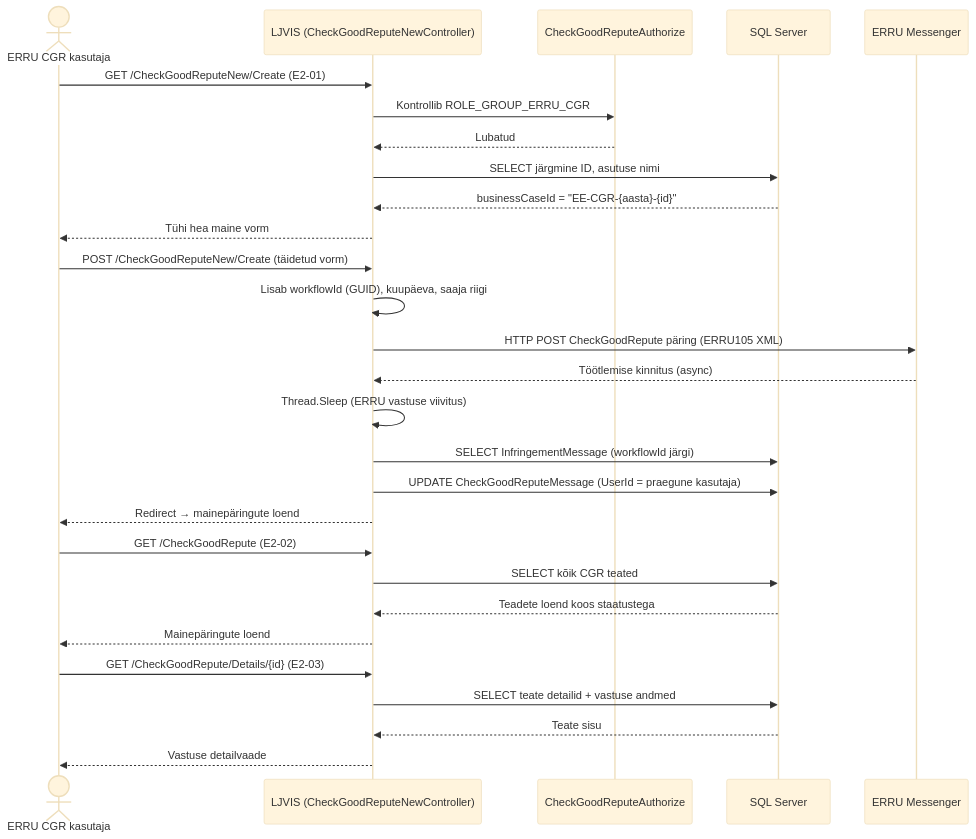
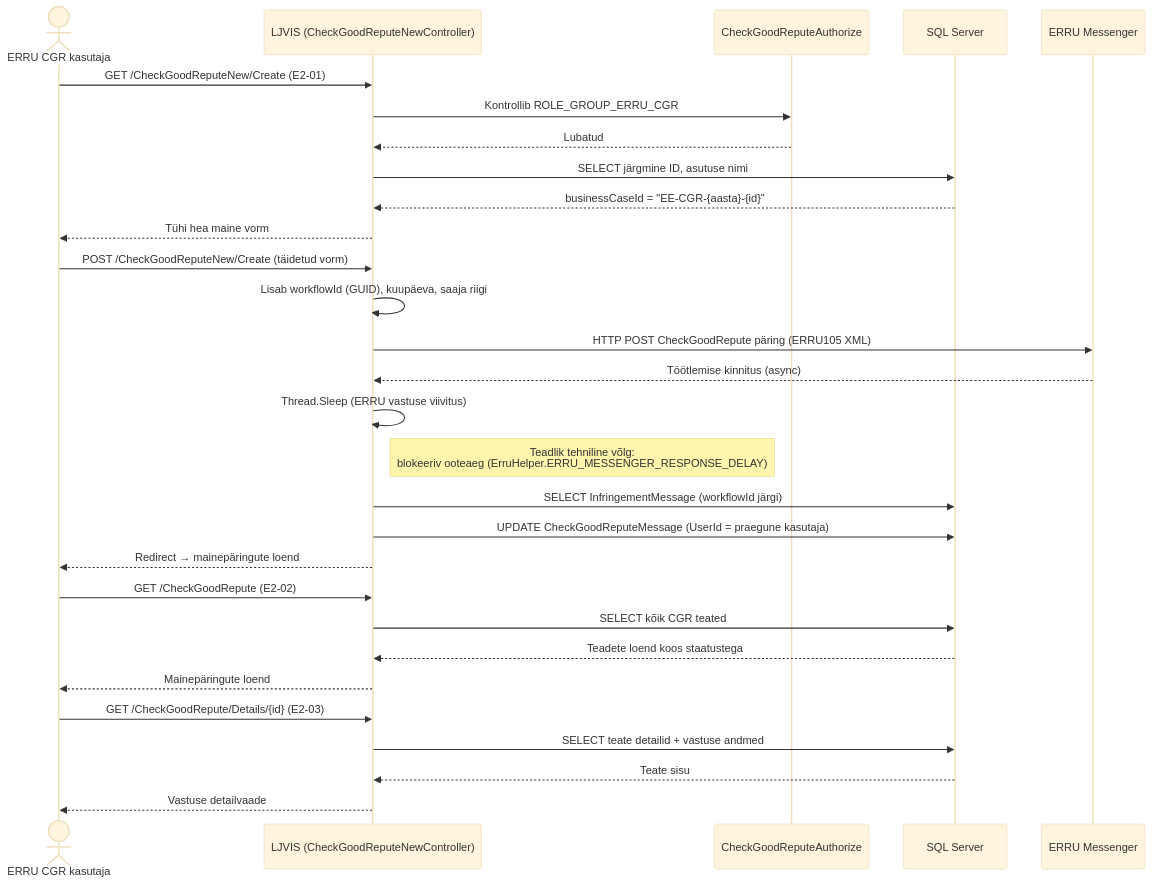
One commit to kemit-ee/ljvis-2 changed the tenth of 19 diagrams in architecture/use-cases.md. Above: the diagram before and after it, drawn with Mermaid (base theme). The commit also changed other lines of this file, not shown here.

````diff
--- a/architecture/use-cases.md
+++ b/architecture/use-cases.md
@@ -562,34 +597,35 @@
 ```mermaid
 sequenceDiagram
     actor Kasutaja as ERRU CGR kasutaja
     participant UI as LJVIS (CheckGoodReputeNewController)
     participant Auth as CheckGoodReputeAuthorize
     participant DB as SQL Server
     participant ERRU as ERRU Messenger
 
     Kasutaja->>UI: GET /CheckGoodReputeNew/Create (E2-01)
     UI->>Auth: Kontrollib ROLE_GROUP_ERRU_CGR
     Auth-->>UI: Lubatud
     UI->>DB: SELECT järgmine ID, asutuse nimi
     DB-->>UI: businessCaseId = "EE-CGR-{aasta}-{id}"
     UI-->>Kasutaja: Tühi hea maine vorm
 
     Kasutaja->>UI: POST /CheckGoodReputeNew/Create (täidetud vorm)
     UI->>UI: Lisab workflowId (GUID), kuupäeva, saaja riigi
     UI->>ERRU: HTTP POST CheckGoodRepute päring (ERRU105 XML)
     ERRU-->>UI: Töötlemise kinnitus (async)
     UI->>UI: Thread.Sleep (ERRU vastuse viivitus)
+    Note right of UI: Teadlik tehniline võlg:<br/>blokeeriv ooteaeg (ErruHelper.ERRU_MESSENGER_RESPONSE_DELAY)
     UI->>DB: SELECT InfringementMessage (workflowId järgi)
     UI->>DB: UPDATE CheckGoodReputeMessage (UserId = praegune kasutaja)
     UI-->>Kasutaja: Redirect → mainepäringute loend
 
     Kasutaja->>UI: GET /CheckGoodRepute (E2-02)
     UI->>DB: SELECT kõik CGR teated
     DB-->>UI: Teadete loend koos staatustega
     UI-->>Kasutaja: Mainepäringute loend
 
     Kasutaja->>UI: GET /CheckGoodRepute/Details/{id} (E2-03)
     UI->>DB: SELECT teate detailid + vastuse andmed
     DB-->>UI: Teate sisu
     UI-->>Kasutaja: Vastuse detailvaade
 ```
````
